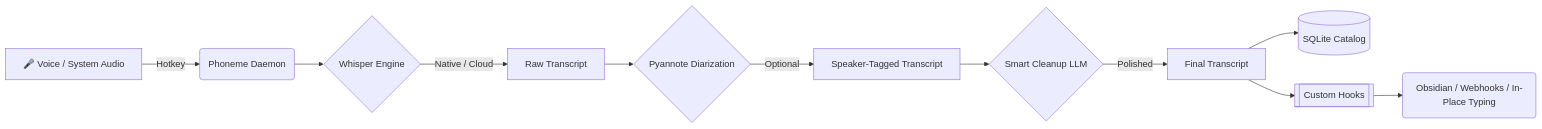
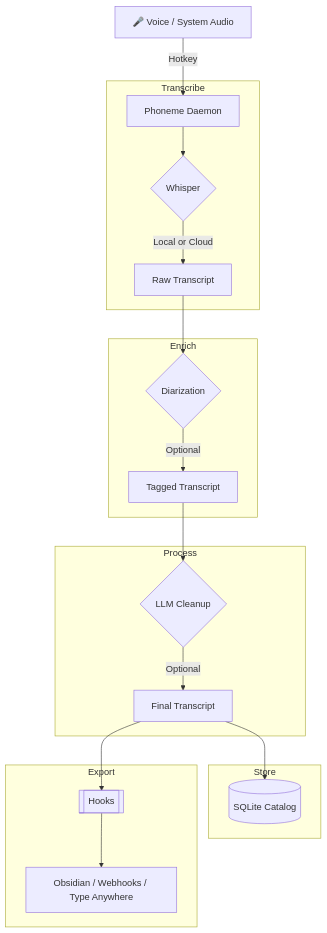
Before and after one commit to namefailed/phoneme: the diagram in README.md, drawn with Mermaid. The commit also changed other lines of this file, not shown here.

Commit message:
docs: restructure architecture diagram for better readability
- Convert from horizontal (LR) to vertical flow (TD)
- Group into logical subgraphs: Transcribe, Enrich, Process, Store, Export
- Cleaner node labels for easier scanning

````diff
--- a/README.md
+++ b/README.md
@@ -33,16 +33,28 @@
 ```mermaid
-flowchart LR
-    A[🎤 Voice / System Audio] -->|Hotkey| B(Phoneme Daemon)
-    B --> C{Whisper Engine}
+flowchart TD
+    Input[🎤 Voice / System Audio] -->|Hotkey| Daemon[Phoneme Daemon]
     
-    C -->|Native / Cloud| D[Raw Transcript]
-    D --> E{Pyannote Diarization}
-    E -->|Optional| F[Speaker-Tagged Transcript]
+    subgraph Transcribe
+        Daemon --> Whisper{Whisper}
+        Whisper -->|Local or Cloud| Raw[Raw Transcript]
+    end
     
-    F --> G{Smart Cleanup LLM}
-    G -->|Polished| H[Final Transcript]
+    subgraph Enrich
+        Raw --> Diarize{Diarization}
+        Diarize -->|Optional| Tagged[Tagged Transcript]
+    end
     
-    H --> I[(SQLite Catalog)]
-    H --> J[[Custom Hooks]]
-    J --> K(Obsidian / Webhooks / In-Place Typing)
+    subgraph Process
+        Tagged --> LLM{LLM Cleanup}
+        LLM -->|Optional| Final[Final Transcript]
+    end
+    
+    subgraph Store
+        Final --> Catalog[(SQLite Catalog)]
+    end
+    
+    subgraph Export
+        Final --> Hooks[[Hooks]]
+        Hooks --> Dest[Obsidian / Webhooks / Type Anywhere]
+    end
 ```
````
